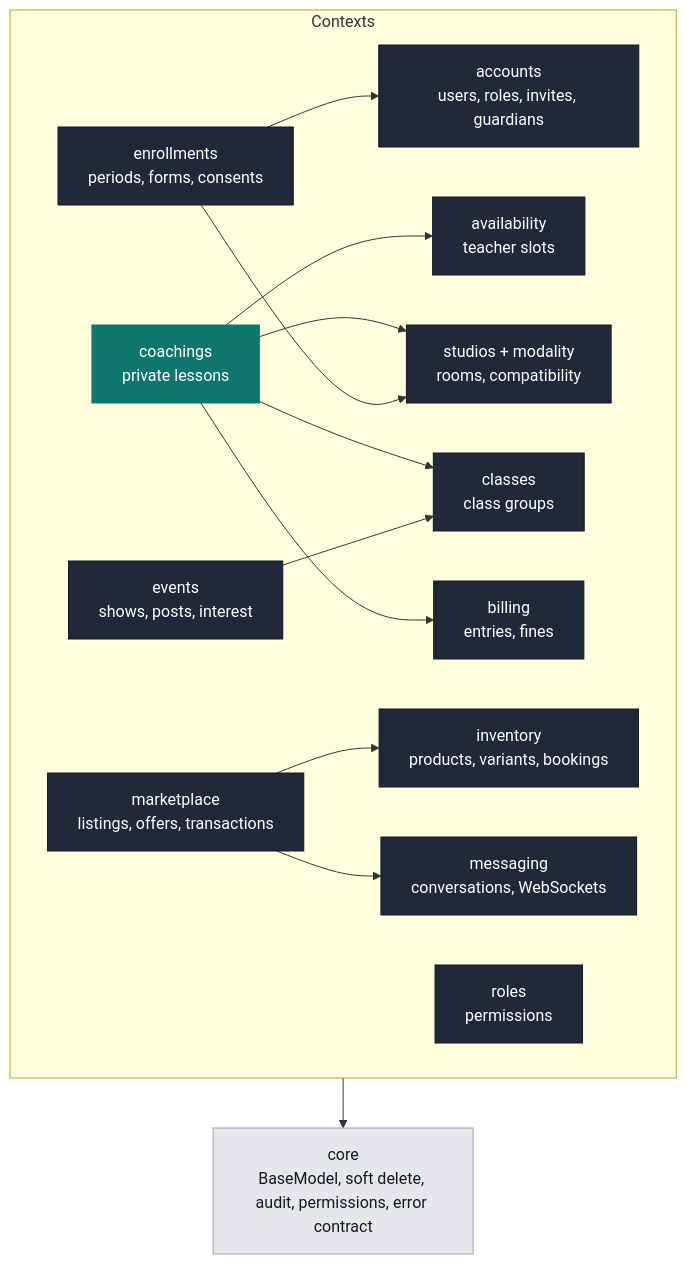
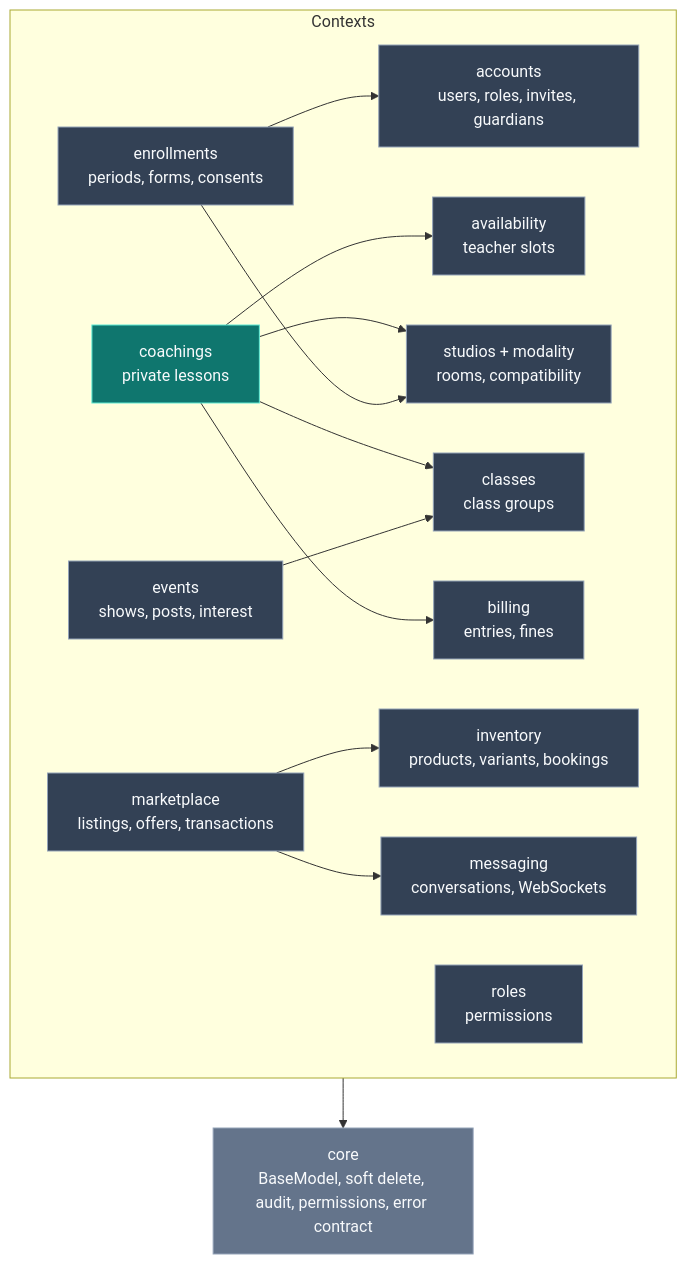
The third of 6 diagrams in README.md (borgebz/studioos), drawn with Mermaid before and after one commit. The commit also changed other lines of this file and 2 other files, not shown here.

````diff
--- a/README.md
+++ b/README.md
@@ -220,28 +226,28 @@
 ```mermaid
 flowchart TB
-    classDef core fill:#E5E7EB,stroke:#9CA3AF,color:#111827
-    classDef ctx fill:#1F2937,stroke:#111827,color:#fff
-    classDef main fill:#0F766E,stroke:#0F766E,color:#fff
+    classDef core fill:#64748B,stroke:#94A3B8,color:#F8FAFC
+    classDef ctx fill:#334155,stroke:#94A3B8,color:#F8FAFC
+    classDef main fill:#0F766E,stroke:#5EEAD4,color:#F8FAFC
 
     subgraph Contexts
         ACC[accounts<br/>users, roles, invites, guardians]:::ctx
         ROLES[roles<br/>permissions]:::ctx
         STU[studios + modality<br/>rooms, compatibility]:::ctx
         CLS[classes<br/>class groups]:::ctx
         AV[availability<br/>teacher slots]:::ctx
         COA[coachings<br/>private lessons]:::main
         BIL[billing<br/>entries, fines]:::ctx
         ENR[enrollments<br/>periods, forms, consents]:::ctx
         EVT[events<br/>shows, posts, interest]:::ctx
         INV[inventory<br/>products, variants, bookings]:::ctx
         MKT[marketplace<br/>listings, offers, transactions]:::ctx
         MSG[messaging<br/>conversations, WebSockets]:::ctx
     end
     CORE[core<br/>BaseModel, soft delete, audit, permissions, error contract]:::core
 
     COA --> AV & STU & CLS & BIL
     ENR --> STU & ACC
     MKT --> INV & MSG
     EVT --> CLS
     Contexts --> CORE
 ```
````
